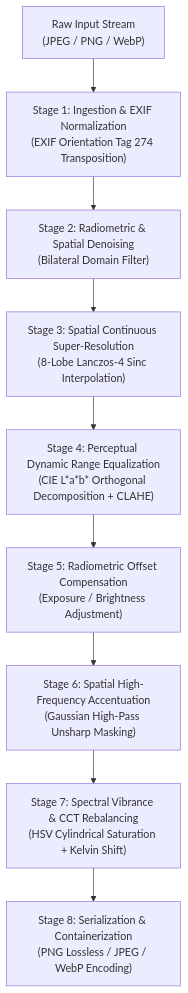
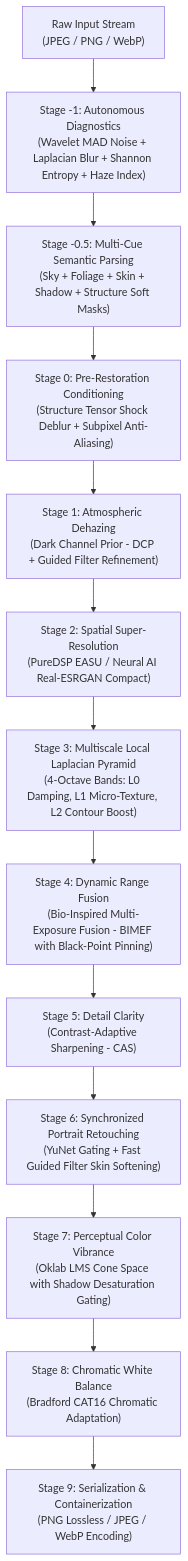
Before and after one commit to Barybht/purescale-image-enhancer: the diagram in ARCHITECTURE.md, drawn with Mermaid. The commit also changed other lines of this file and 38 other files, not shown here.

Commit message:
PureScale 4.0: pipeline, DSP, neural, GUI, CLI, tests and docs

````diff
--- a/ARCHITECTURE.md
+++ b/ARCHITECTURE.md
@@ -40,11 +23,15 @@
 ```mermaid
 graph TD
-    A["Raw Input Stream<br/>(JPEG / PNG / WebP)"] --> B["Stage 1: Ingestion & EXIF Normalization<br/>(EXIF Orientation Tag 274 Transposition)"]
-    B --> C["Stage 2: Radiometric & Spatial Denoising<br/>(Bilateral Domain Filter)"]
-    C --> D["Stage 3: Spatial Continuous Super-Resolution<br/>(8-Lobe Lanczos-4 Sinc Interpolation)"]
-    D --> E["Stage 4: Perceptual Dynamic Range Equalization<br/>(CIE L*a*b* Orthogonal Decomposition + CLAHE)"]
-    E --> F["Stage 5: Radiometric Offset Compensation<br/>(Exposure / Brightness Adjustment)"]
-    F --> G["Stage 6: Spatial High-Frequency Accentuation<br/>(Gaussian High-Pass Unsharp Masking)"]
-    G --> H["Stage 7: Spectral Vibrance & CCT Rebalancing<br/>(HSV Cylindrical Saturation + Kelvin Shift)"]
-    H --> I["Stage 8: Serialization & Containerization<br/>(PNG Lossless / JPEG / WebP Encoding)"]
+    A["Raw Input Stream<br/>(JPEG / PNG / WebP)"] --> B["Stage -1: Autonomous Diagnostics<br/>(Wavelet MAD Noise + Laplacian Blur + Shannon Entropy + Haze Index)"]
+    B --> C["Stage -0.5: Multi-Cue Semantic Parsing<br/>(Sky + Foliage + Skin + Shadow + Structure Soft Masks)"]
+    C --> D["Stage 0: Pre-Restoration Conditioning<br/>(Structure Tensor Shock Deblur + Subpixel Anti-Aliasing)"]
+    D --> E["Stage 1: Atmospheric Dehazing<br/>(Dark Channel Prior - DCP + Guided Filter Refinement)"]
+    E --> F["Stage 2: Spatial Super-Resolution<br/>(PureDSP EASU / Neural AI Real-ESRGAN Compact)"]
+    F --> G["Stage 3: Multiscale Local Laplacian Pyramid<br/>(4-Octave Bands: L0 Damping, L1 Micro-Texture, L2 Contour Boost)"]
+    G --> H["Stage 4: Dynamic Range Fusion<br/>(Bio-Inspired Multi-Exposure Fusion - BIMEF with Black-Point Pinning)"]
+    H --> I["Stage 5: Detail Clarity<br/>(Contrast-Adaptive Sharpening - CAS)"]
+    I --> J["Stage 6: Synchronized Portrait Retouching<br/>(YuNet Gating + Fast Guided Filter Skin Softening)"]
+    J --> K["Stage 7: Perceptual Color Vibrance<br/>(Oklab LMS Cone Space with Shadow Desaturation Gating)"]
+    K --> L["Stage 8: Chromatic White Balance<br/>(Bradford CAT16 Chromatic Adaptation)"]
+    L --> M["Stage 9: Serialization & Containerization<br/>(PNG Lossless / JPEG / WebP Encoding)"]
 ```
````
